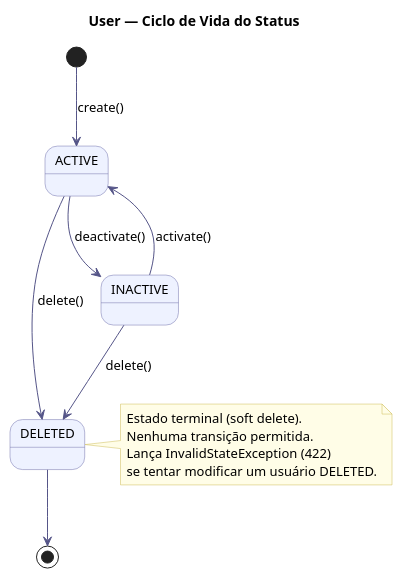
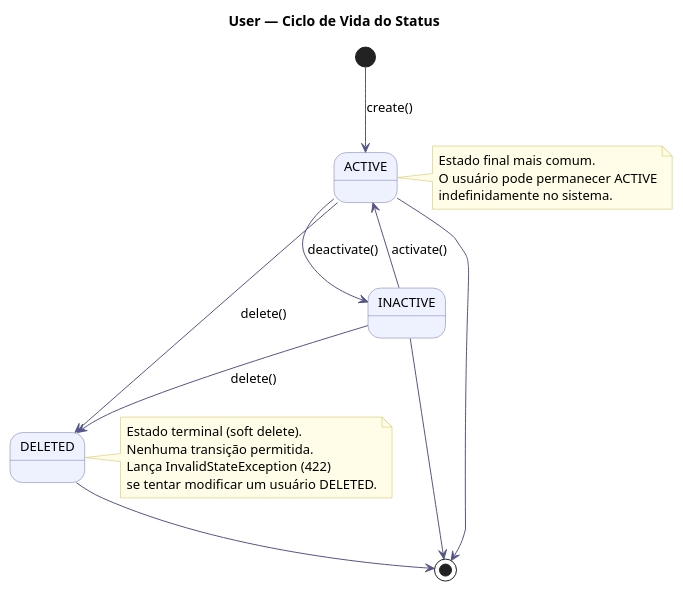
The diagram in src/plantuml/estado/user_status.puml (Neoguara/rooms-diagrams), drawn with PlantUML before and after one commit. The commit also changed 5 other files, not shown here.

```diff
--- a/src/plantuml/estado/user_status.puml
+++ b/src/plantuml/estado/user_status.puml
@@ -1,31 +1,39 @@
 @startuml user_status
 
 title User — Ciclo de Vida do Status
 
 skinparam state {
   BackgroundColor #EEF2FF
   BorderColor #7070AA
   ArrowColor #555588
   FontSize 13
 }
 skinparam noteBackgroundColor #FFFDE7
 skinparam noteBorderColor #CCBB55
 
 [*] --> ACTIVE : create()
 
 ACTIVE --> INACTIVE : deactivate()
 ACTIVE --> DELETED  : delete()
+ACTIVE --> [*]
 
 INACTIVE --> ACTIVE  : activate()
 INACTIVE --> DELETED : delete()
+INACTIVE --> [*]
 
 DELETED --> [*]
+
+note right of ACTIVE
+  Estado final mais comum.
+  O usuário pode permanecer ACTIVE
+  indefinidamente no sistema.
+end note
 
 note right of DELETED
   Estado terminal (soft delete).
   Nenhuma transição permitida.
   Lança InvalidStateException (422)
   se tentar modificar um usuário DELETED.
 end note
 
 @enduml
```
